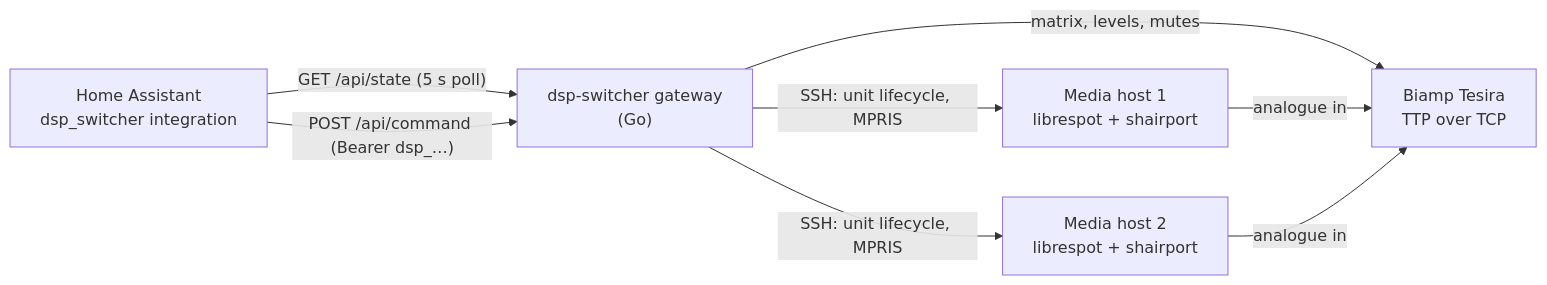
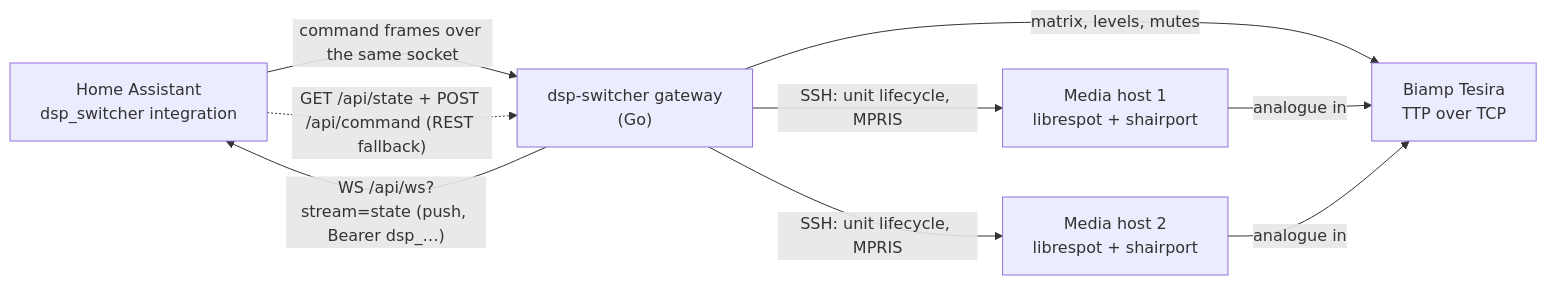
One commit to saikhurana98/ha-dsp-switcher changed the diagram in README.md. Above: the diagram before and after it, drawn with Mermaid. The commit also changed other lines of this file and 9 other files, not shown here.

````diff
--- a/README.md
+++ b/README.md
@@ -29,16 +30,17 @@
 ```mermaid
 flowchart LR
     HA["Home Assistant<br/>dsp_switcher integration"]
     GW["dsp-switcher gateway<br/>(Go)"]
     DSP["Biamp Tesira<br/>TTP over TCP"]
     M1["Media host 1<br/>librespot + shairport"]
     M2["Media host 2<br/>librespot + shairport"]
 
-    HA -- "GET /api/state (5 s poll)" --> GW
-    HA -- "POST /api/command (Bearer dsp_…)" --> GW
+    GW -- "WS /api/ws?stream=state (push, Bearer dsp_…)" --> HA
+    HA -- "command frames over the same socket" --> GW
+    HA -. "GET /api/state + POST /api/command (REST fallback)" .-> GW
     GW -- "matrix, levels, mutes" --> DSP
     GW -- "SSH: unit lifecycle, MPRIS" --> M1
     GW -- "SSH: unit lifecycle, MPRIS" --> M2
     M1 -- "analogue in" --> DSP
     M2 -- "analogue in" --> DSP
 ```
````
